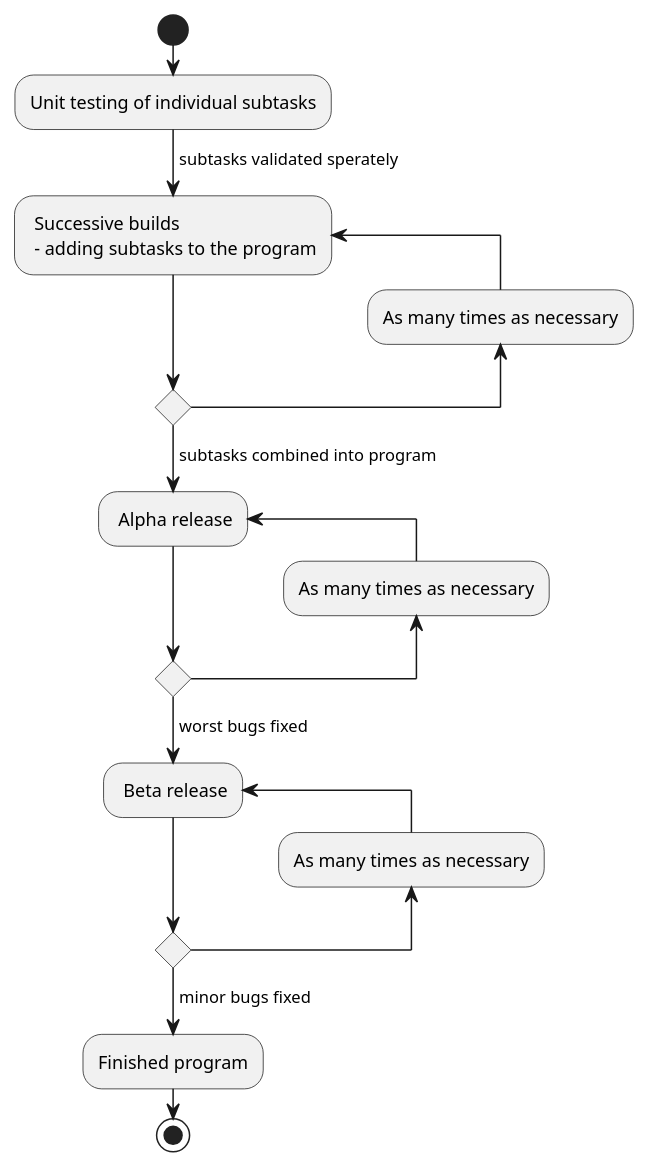
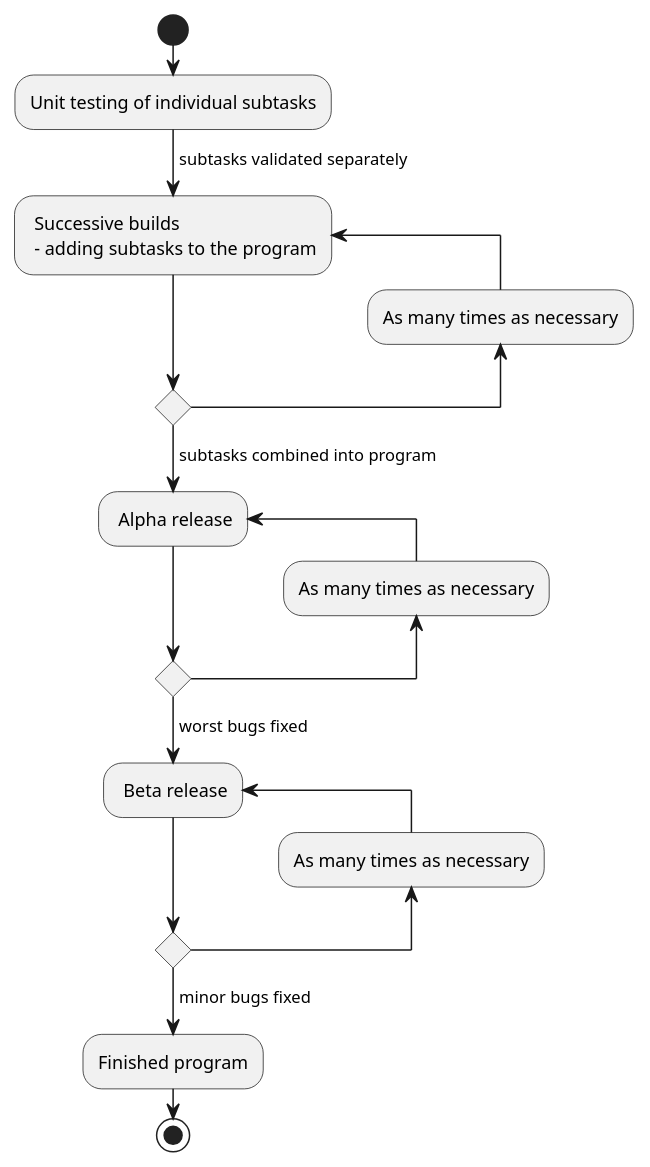
The sixth of 6 diagrams in doc/sdlc_tools.md (UPPMAX/programming_formalisms_intro), drawn with PlantUML before and after one commit. The commit also changed other lines of this file, not shown here.

````diff
--- a/doc/sdlc_tools.md
+++ b/doc/sdlc_tools.md
@@ -370,25 +368,25 @@
 ```{uml}
 @startuml
 start
 :Unit testing of individual subtasks;
--> subtasks validated sperately;
+-> subtasks validated separately;
 repeat: Successive builds \n - adding subtasks to the program;
 backward:As many times as necessary;
 repeat while
 -> subtasks combined into program;
 repeat: Alpha release;
 backward:As many times as necessary;
 repeat while
 -> worst bugs fixed;
 
 repeat: Beta release;
 backward:As many times as necessary;
 repeat while
 -> minor bugs fixed;
 :Finished program;
 
 stop
 
 @enduml
 
 ```
````
